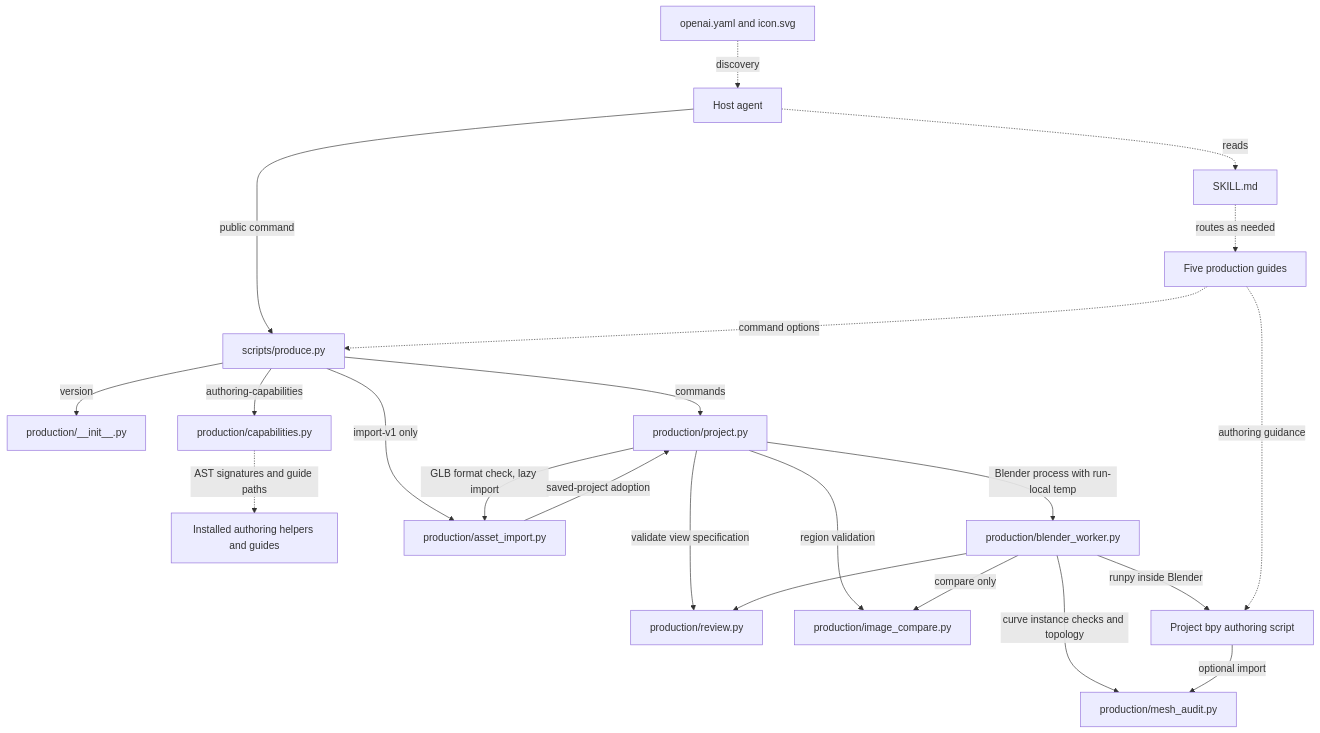
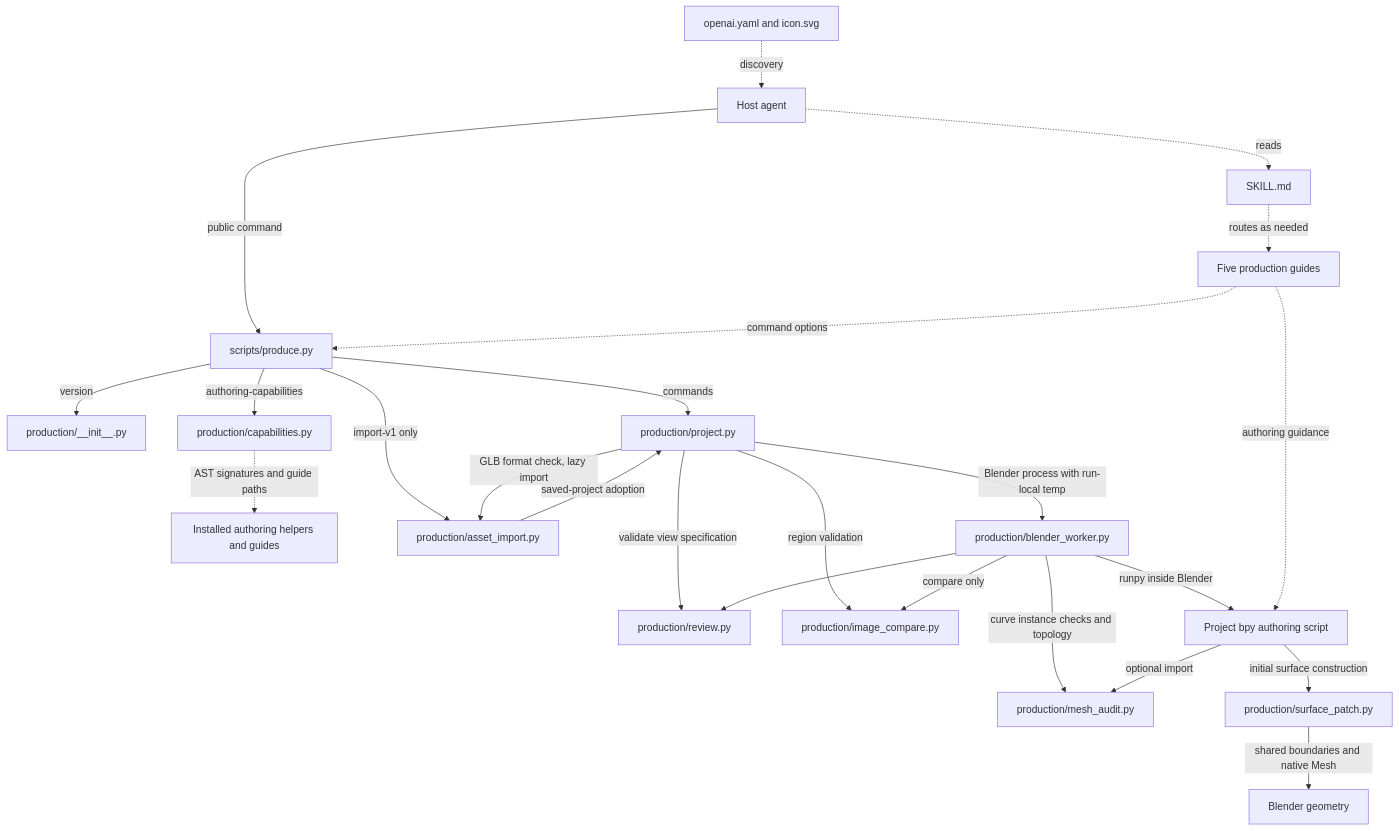
One commit to ictseoyoungmin/refas changed the first of 2 diagrams in docs/development/refas-2-skill-map.md. Above: the diagram before and after it, drawn with Mermaid. The commit also changed other lines of this file and 9 other files, not shown here.

Commit message:
feat: construct native surfaces from shared boundaries (#456)

````diff
--- a/docs/development/refas-2-skill-map.md
+++ b/docs/development/refas-2-skill-map.md
@@ -22,26 +22,28 @@
 ```mermaid
 flowchart TD
     Discovery["openai.yaml and icon.svg"] -. "discovery" .-> Agent["Host agent"]
     Agent -. "reads" .-> Skill["SKILL.md"]
     Skill -. "routes as needed" .-> Guides["Five production guides"]
     Agent -- "public command" --> CLI["scripts/produce.py"]
     Guides -. "command options" .-> CLI
 
     CLI -- "version" --> Identity["production/__init__.py"]
     CLI -- "authoring-capabilities" --> Catalogue["production/capabilities.py"]
     Catalogue -. "AST signatures and guide paths" .-> Helpers["Installed authoring helpers and guides"]
     CLI -- "commands" --> Project["production/project.py"]
     CLI -- "import-v1 only" --> Import["production/asset_import.py"]
     Project -- "GLB format check, lazy import" --> Import
     Import -- "saved-project adoption" --> Project
 
     Project -- "validate view specification" --> Review["production/review.py"]
     Project -- "Blender process with run-local temp" --> Worker["production/blender_worker.py"]
     Worker --> Review
     Project -- "region validation" --> Comparison["production/image_compare.py"]
     Worker -- "compare only" --> Comparison
     Worker -- "curve instance checks and topology" --> Audit["production/mesh_audit.py"]
     Worker -- "runpy inside Blender" --> Script["Project bpy authoring script"]
     Guides -. "authoring guidance" .-> Script
     Script -- "optional import" --> Audit
+    Script -- "initial surface construction" --> Patch["production/surface_patch.py"]
+    Patch -- "shared boundaries and native Mesh" --> Geometry["Blender geometry"]
 ```
````
